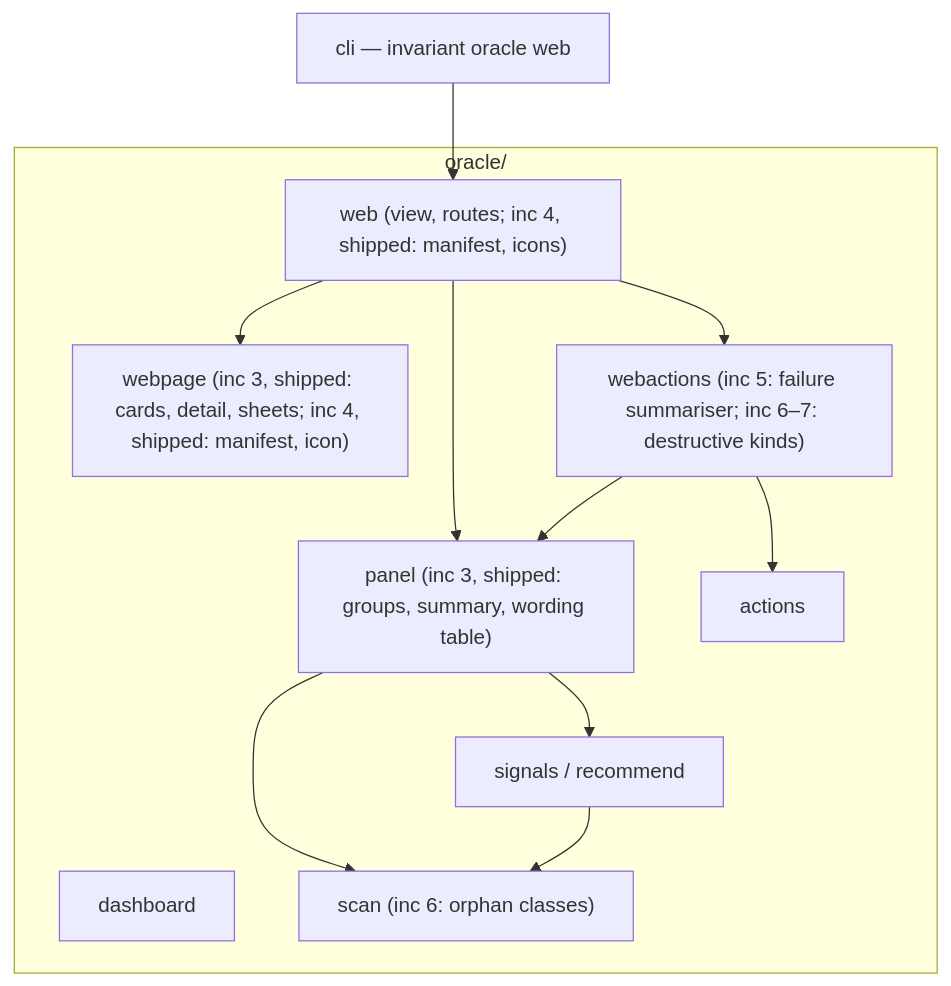
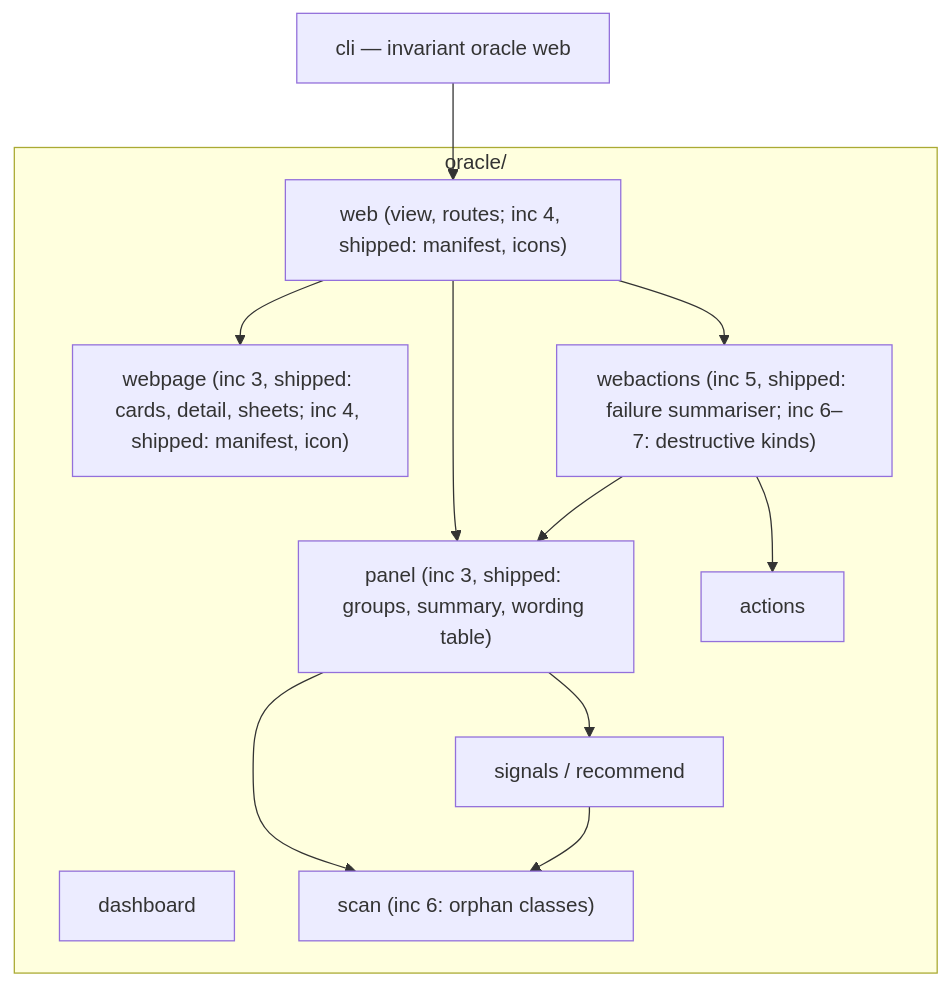
Before and after one commit to Mindchallenges/Invariant: the first of 2 diagrams in docs/architecture/oracle-panel.md, drawn with Mermaid. The commit also changed other lines of this file and 9 other files, not shown here.

````diff
--- a/docs/architecture/oracle-panel.md
+++ b/docs/architecture/oracle-panel.md
@@ -36,23 +36,23 @@
 ```mermaid
 graph TD
     CLI[cli — invariant oracle web]
     subgraph oracle["oracle/"]
         WEB["web (view, routes; inc 4, shipped: manifest, icons)"]
         PANEL["panel (inc 3, shipped: groups, summary, wording table)"]
         WEBPAGE["webpage (inc 3, shipped: cards, detail, sheets; inc 4, shipped: manifest, icon)"]
-        WEBACT["webactions (inc 5: failure summariser; inc 6–7: destructive kinds)"]
+        WEBACT["webactions (inc 5, shipped: failure summariser; inc 6–7: destructive kinds)"]
         ACTIONS[actions]
         DASH[dashboard]
         SIGNALS["signals / recommend"]
         SCAN["scan (inc 6: orphan classes)"]
     end
     CLI --> WEB
     WEB --> PANEL
     WEB --> WEBPAGE
     WEB --> WEBACT
     PANEL --> SCAN
     PANEL --> SIGNALS
     WEBACT --> PANEL
     WEBACT --> ACTIONS
     SIGNALS --> SCAN
 ```
````
